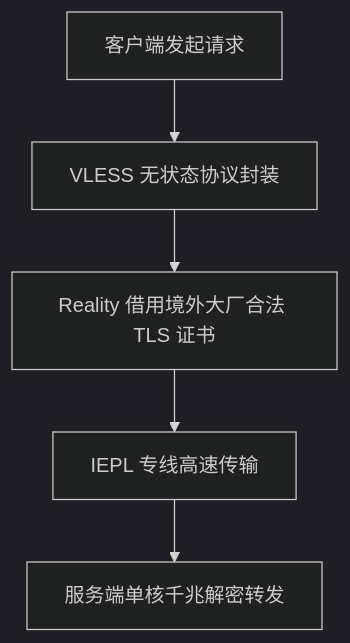
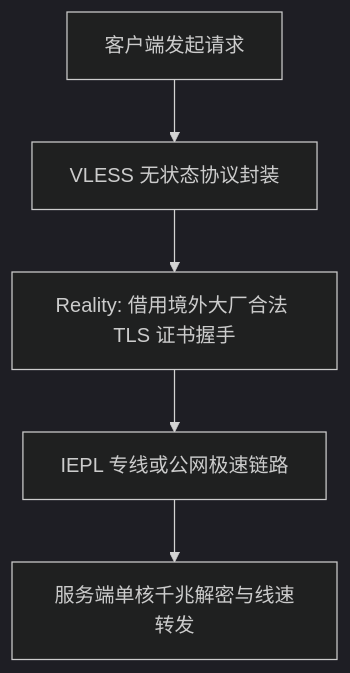
The diagram in src/content/glossary/vless.md (qweqwe98698-tech/jichangshouce.co), drawn with Mermaid (dark theme) before and after one commit. The commit also changed other lines of this file and 20 other files, not shown here.

````diff
--- a/src/content/glossary/vless.md
+++ b/src/content/glossary/vless.md
@@ -14,7 +14,7 @@
 ```mermaid
 graph TD
     Client[客户端发起请求] --> VLESS[VLESS 无状态协议封装]
-    VLESS --> Reality[Reality 借用境外大厂合法 TLS 证书]
-    Reality --> Fiber[IEPL 专线高速传输]
-    Fiber --> Server[服务端单核千兆解密转发]
+    VLESS --> Reality[Reality: 借用境外大厂合法 TLS 证书握手]
+    Reality --> Fiber[IEPL 专线或公网极速链路]
+    Fiber --> Server[服务端单核千兆解密与线速转发]
 ```
````
